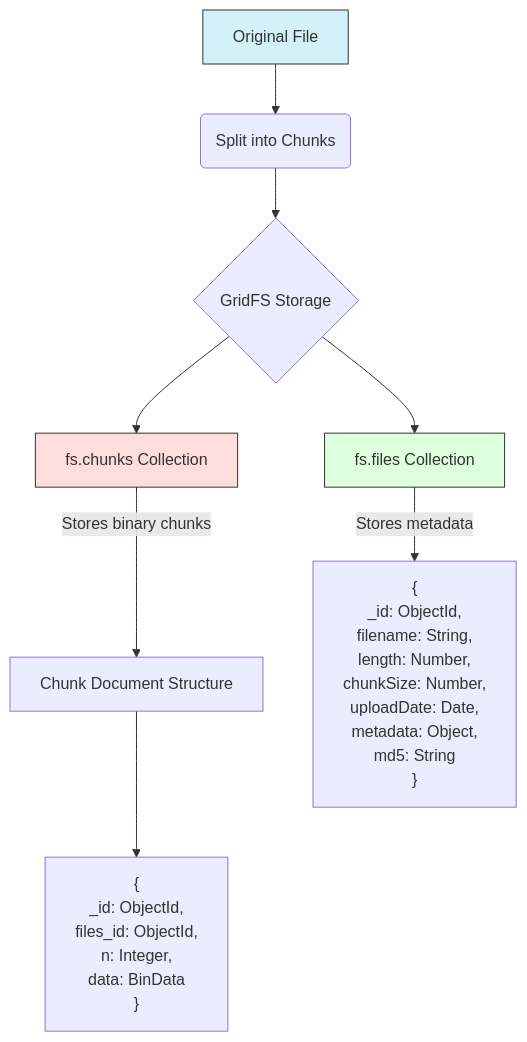
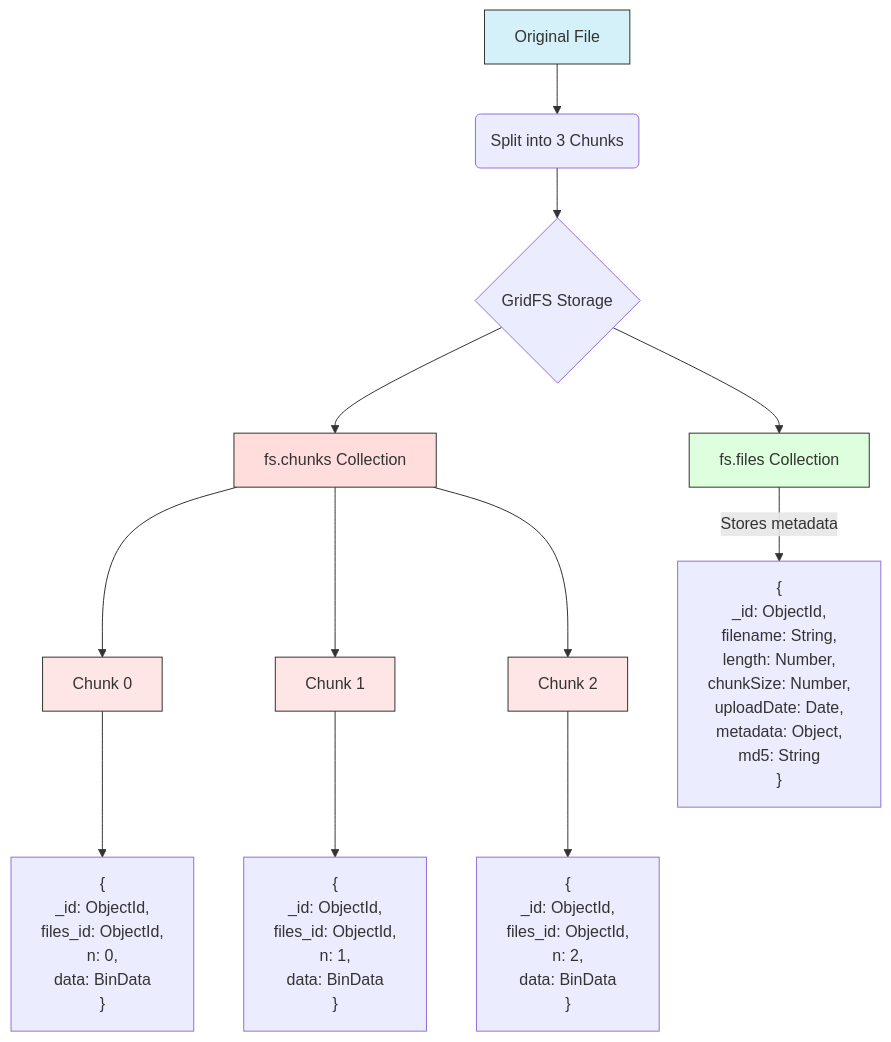
Before and after one commit to tims-computer-academy/mongodb: the diagram in phase1.md, drawn with Mermaid.

````diff
--- a/phase1.md
+++ b/phase1.md
@@ -24,29 +24,47 @@
 ```mermaid
 graph TD
-    A[Original File] --> B(Split into Chunks)
+    A[Original File] --> B(Split into 3 Chunks)
     B --> C{GridFS Storage}
     C --> D[fs.chunks Collection]
     C --> E[fs.files Collection]
-    
-    D -->|Stores binary chunks| F[Chunk Document Structure]
-    F --> G["{
+
+    D --> D1[Chunk 0]
+    D --> D2[Chunk 1]
+    D --> D3[Chunk 2]
+
+    D1 --> S1["{
         _id: ObjectId,
         files_id: ObjectId,
-        n: Integer,
+        n: 0,
         data: BinData
     }"]
-    
+    D2 --> S2["{
+        _id: ObjectId,
+        files_id: ObjectId,
+        n: 1,
+        data: BinData
+    }"]
+    D3 --> S3["{
+        _id: ObjectId,
+        files_id: ObjectId,
+        n: 2,
+        data: BinData
+    }"]
+
     E -->|Stores metadata| H["{
         _id: ObjectId,
         filename: String,
         length: Number,
         chunkSize: Number,
         uploadDate: Date,
         metadata: Object,
         md5: String
     }"]
-    
+
     style A fill:#d4f1f9,stroke:#333
     style D fill:#ffdddd,stroke:#333
+    style D1 fill:#ffe6e6,stroke:#333
+    style D2 fill:#ffe6e6,stroke:#333
+    style D3 fill:#ffe6e6,stroke:#333
     style E fill:#ddffdd,stroke:#333
 ```
````
